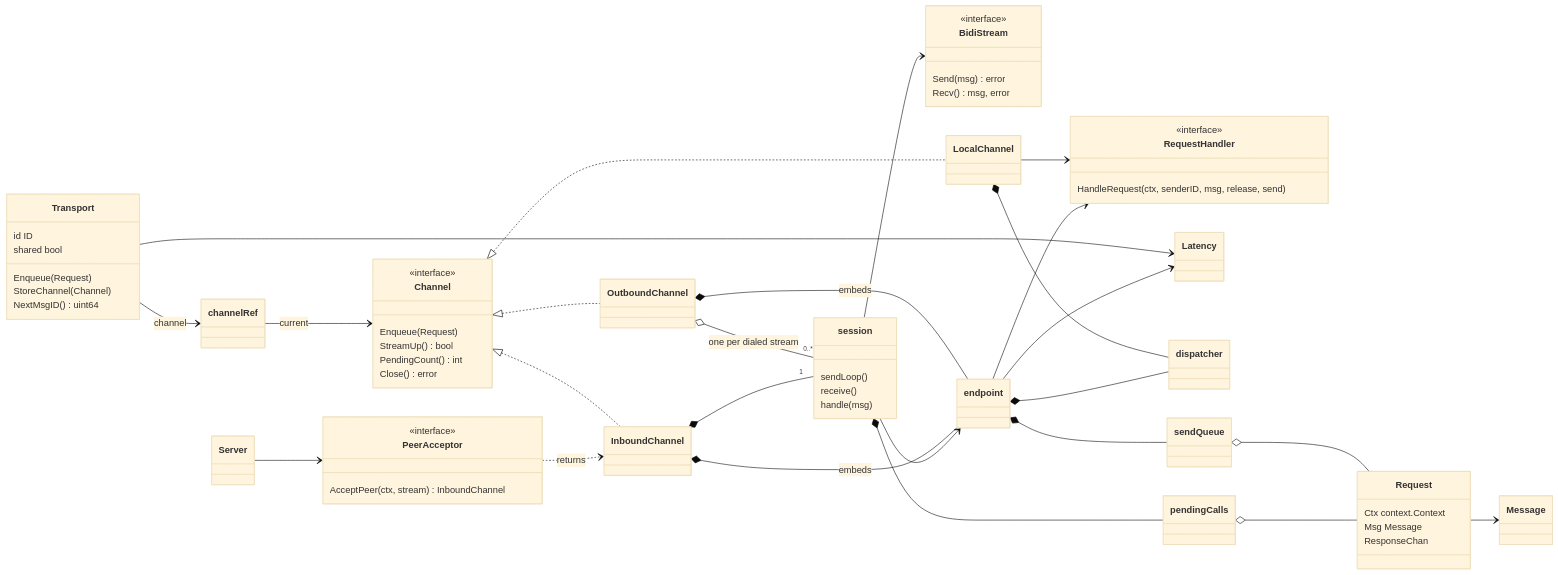
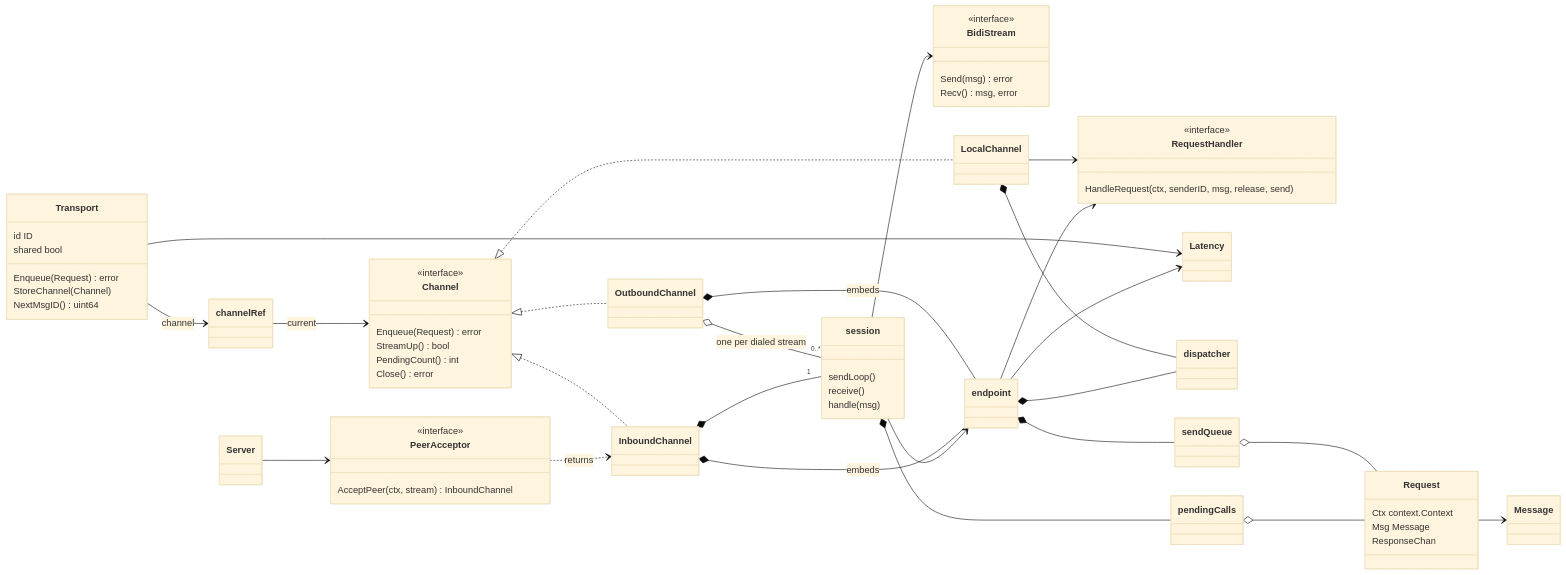
Before and after one commit to relab/gorums: the third of 10 diagrams in doc/dev-guide.md, drawn with Mermaid (base theme). The commit also changed other lines of this file and 31 other files, not shown here.

````diff
--- a/doc/dev-guide.md
+++ b/doc/dev-guide.md
@@ -323,66 +323,66 @@
 ```mermaid
 classDiagram
     direction LR
     class Channel {
         <<interface>>
-        Enqueue(Request)
+        Enqueue(Request) error
         StreamUp() bool
         PendingCount() int
         Close() error
     }
     class RequestHandler {
         <<interface>>
         HandleRequest(ctx, senderID, msg, release, send)
     }
     class BidiStream {
         <<interface>>
         Send(msg) error
         Recv() msg, error
     }
     class PeerAcceptor {
         <<interface>>
         AcceptPeer(ctx, stream) InboundChannel
     }
     class Transport {
         id ID
         shared bool
-        Enqueue(Request)
+        Enqueue(Request) error
         StoreChannel(Channel)
         NextMsgID() uint64
     }
     class session {
         sendLoop()
         receive()
         handle(msg)
     }
     class Request {
         Ctx context.Context
         Msg Message
         ResponseChan
     }
 
     Transport --> channelRef : channel
     Transport --> Latency
     channelRef --> Channel : current
     Channel <|.. OutboundChannel
     Channel <|.. InboundChannel
     Channel <|.. LocalChannel
     OutboundChannel *-- endpoint : embeds
     InboundChannel *-- endpoint : embeds
     OutboundChannel o-- "0..*" session : one per dialed stream
     InboundChannel *-- "1" session
     LocalChannel --> RequestHandler
     LocalChannel *-- dispatcher
     session --> endpoint
     session --> BidiStream
     session *-- pendingCalls
     endpoint *-- sendQueue
     endpoint *-- dispatcher
     endpoint --> RequestHandler
     endpoint --> Latency
     sendQueue o-- Request
     pendingCalls o-- Request
     Request --> Message
     Server --> PeerAcceptor
     PeerAcceptor ..> InboundChannel : returns
 ```
````
